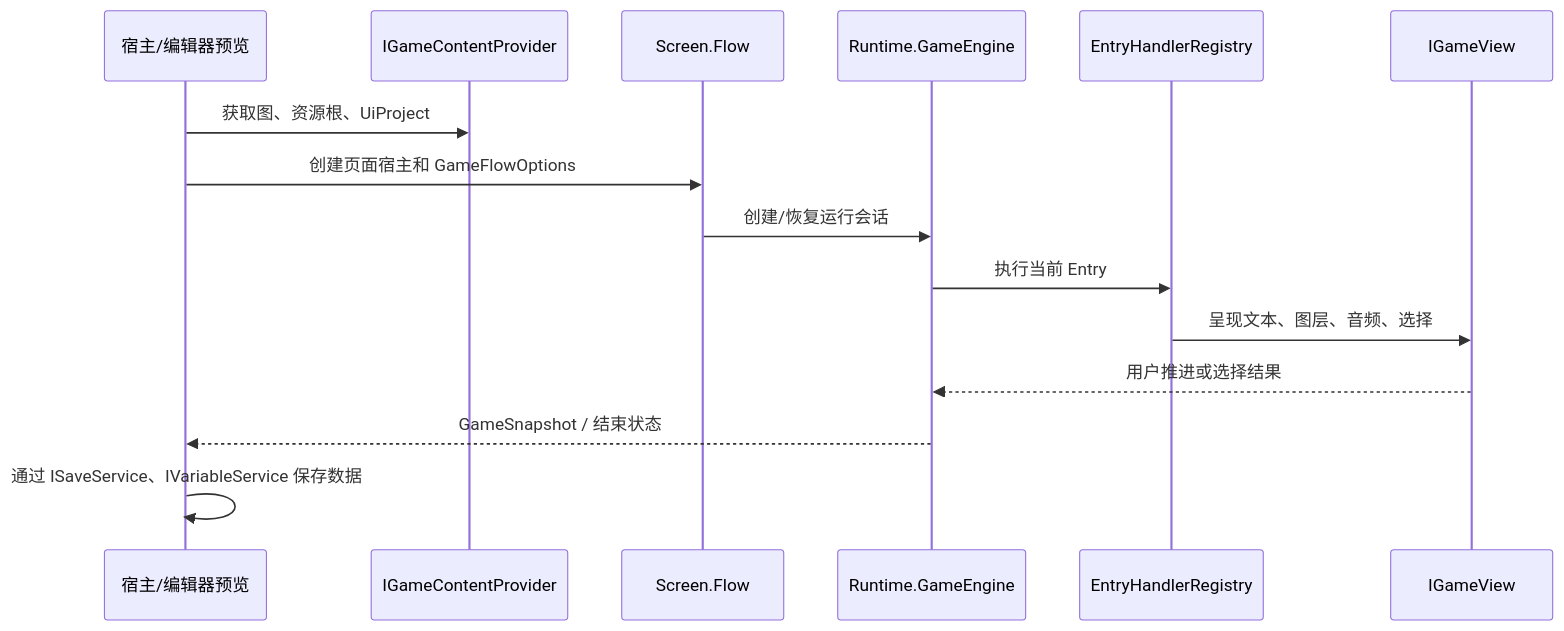
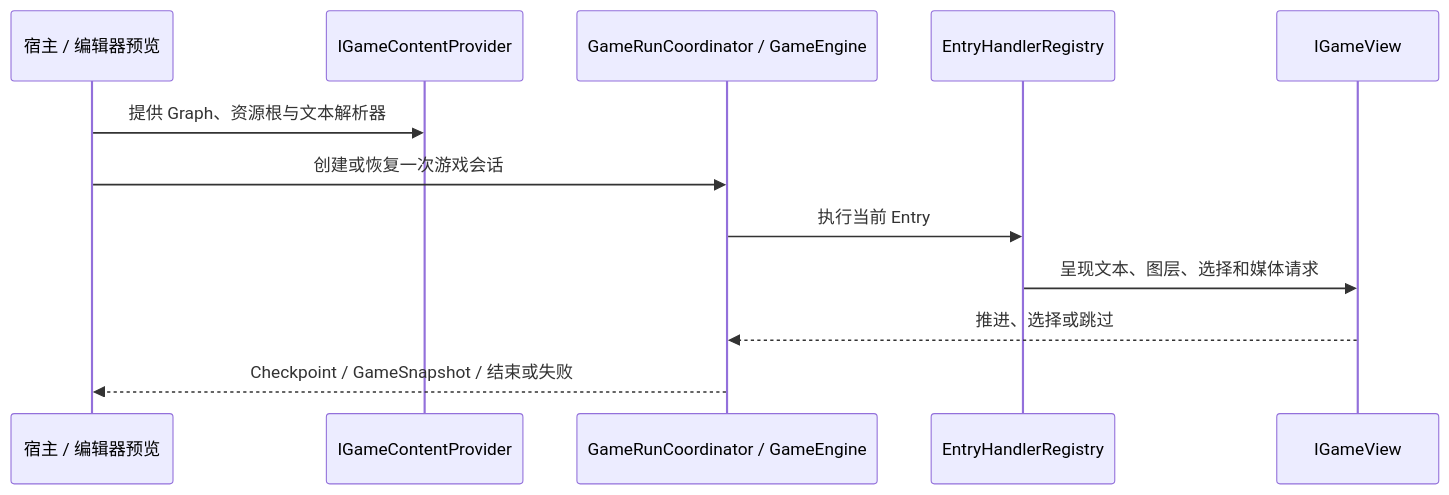
Before and after one commit to StarryXYJ/Gal.Net: the second of 2 diagrams in docs/spec/architecture.md, drawn with Mermaid. The commit also changed other lines of this file and 9 other files, not shown here.

````diff
--- a/docs/spec/architecture.md
+++ b/docs/spec/architecture.md
@@ -48,17 +42,14 @@
 ```mermaid
 sequenceDiagram
-  participant Host as 宿主/编辑器预览
+  participant Host as 宿主 / 编辑器预览
   participant Content as IGameContentProvider
-  participant Flow as Screen.Flow
-  participant Engine as Runtime.GameEngine
-  participant Handler as EntryHandlerRegistry
+  participant Run as GameRunCoordinator / GameEngine
+  participant Handlers as EntryHandlerRegistry
   participant View as IGameView
-  Host->>Content: 获取图、资源根、UiProject
-  Host->>Flow: 创建页面宿主和 GameFlowOptions
-  Flow->>Engine: 创建/恢复运行会话
-  Engine->>Handler: 执行当前 Entry
-  Handler->>View: 呈现文本、图层、音频、选择
-  View-->>Engine: 用户推进或选择结果
-  Engine-->>Host: GameSnapshot / 结束状态
-  Host->>Host: 通过 ISaveService、IVariableService 保存数据
+  Host->>Content: 提供 Graph、资源根与文本解析器
+  Host->>Run: 创建或恢复一次游戏会话
+  Run->>Handlers: 执行当前 Entry
+  Handlers->>View: 呈现文本、图层、选择和媒体请求
+  View-->>Run: 推进、选择或跳过
+  Run-->>Host: Checkpoint / GameSnapshot / 结束或失败
 ```
````
